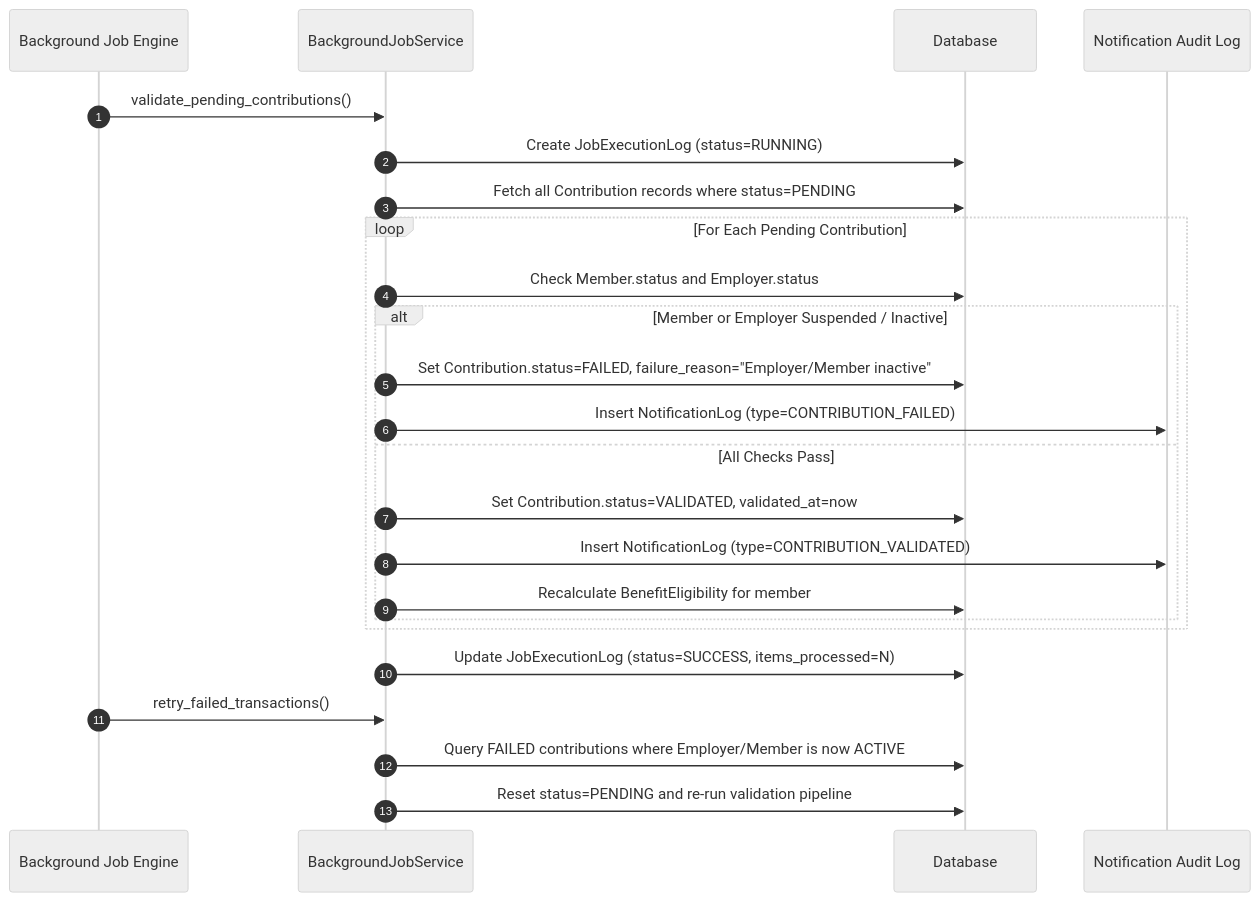
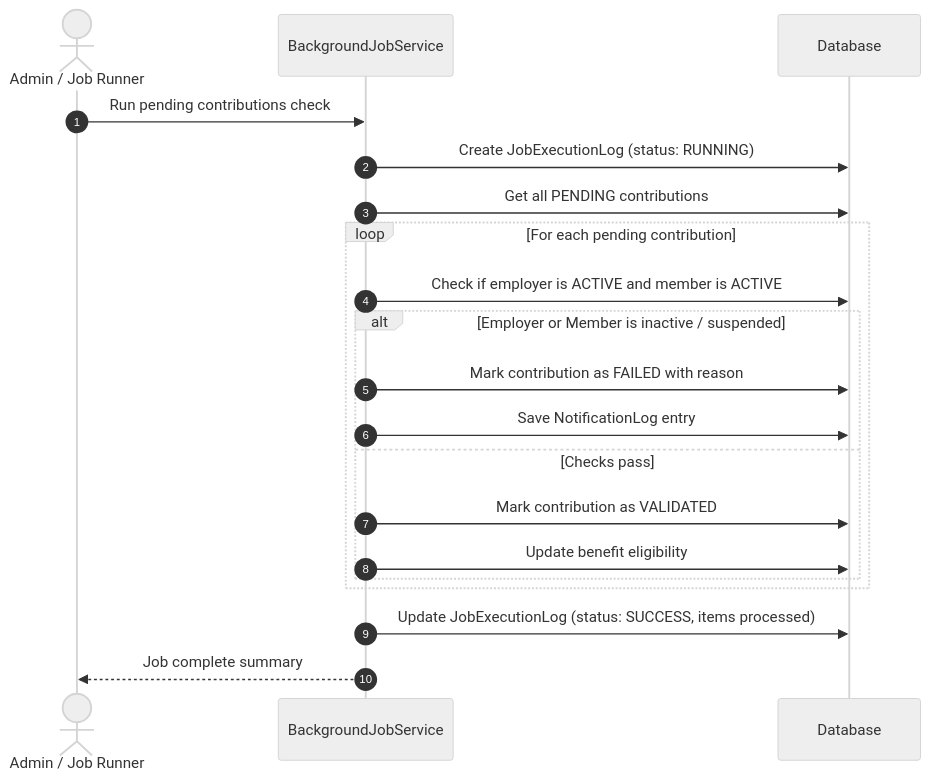
Before and after one commit to victorquadri123/pension-contribution-management-system: the seventh of 7 diagrams in SYSTEM_DESIGN.md, drawn with Mermaid (neutral theme). The commit also changed other lines of this file, not shown here.

Commit message:
docs: simplify system design document with clear developer notes and diagrams

````diff
--- a/SYSTEM_DESIGN.md
+++ b/SYSTEM_DESIGN.md
@@ -279,28 +263,25 @@
 ```mermaid
 sequenceDiagram
     autonumber
-    participant Scheduler as Background Job Engine
+    actor Admin as Admin / Job Runner
     participant JobService as BackgroundJobService
     participant DB as Database
-    participant Notification as Notification Audit Log
 
-    Scheduler->>JobService: validate_pending_contributions()
-    JobService->>DB: Create JobExecutionLog (status=RUNNING)
-    JobService->>DB: Fetch all Contribution records where status=PENDING
-    loop For Each Pending Contribution
-        JobService->>DB: Check Member.status and Employer.status
-        alt Member or Employer Suspended / Inactive
-            JobService->>DB: Set Contribution.status=FAILED, failure_reason="Employer/Member inactive"
-            JobService->>Notification: Insert NotificationLog (type=CONTRIBUTION_FAILED)
-        else All Checks Pass
-            JobService->>DB: Set Contribution.status=VALIDATED, validated_at=now
-            JobService->>Notification: Insert NotificationLog (type=CONTRIBUTION_VALIDATED)
-            JobService->>DB: Recalculate BenefitEligibility for member
+    Admin->>JobService: Run pending contributions check
+    JobService->>DB: Create JobExecutionLog (status: RUNNING)
+    JobService->>DB: Get all PENDING contributions
+
+    loop For each pending contribution
+        JobService->>DB: Check if employer is ACTIVE and member is ACTIVE
+        alt Employer or Member is inactive / suspended
+            JobService->>DB: Mark contribution as FAILED with reason
+            JobService->>DB: Save NotificationLog entry
+        else Checks pass
+            JobService->>DB: Mark contribution as VALIDATED
+            JobService->>DB: Update benefit eligibility
         end
     end
-    JobService->>DB: Update JobExecutionLog (status=SUCCESS, items_processed=N)
 
-    Scheduler->>JobService: retry_failed_transactions()
-    JobService->>DB: Query FAILED contributions where Employer/Member is now ACTIVE
-    JobService->>DB: Reset status=PENDING and re-run validation pipeline
+    JobService->>DB: Update JobExecutionLog (status: SUCCESS, items processed)
+    JobService-->>Admin: Job complete summary
 ```
````
